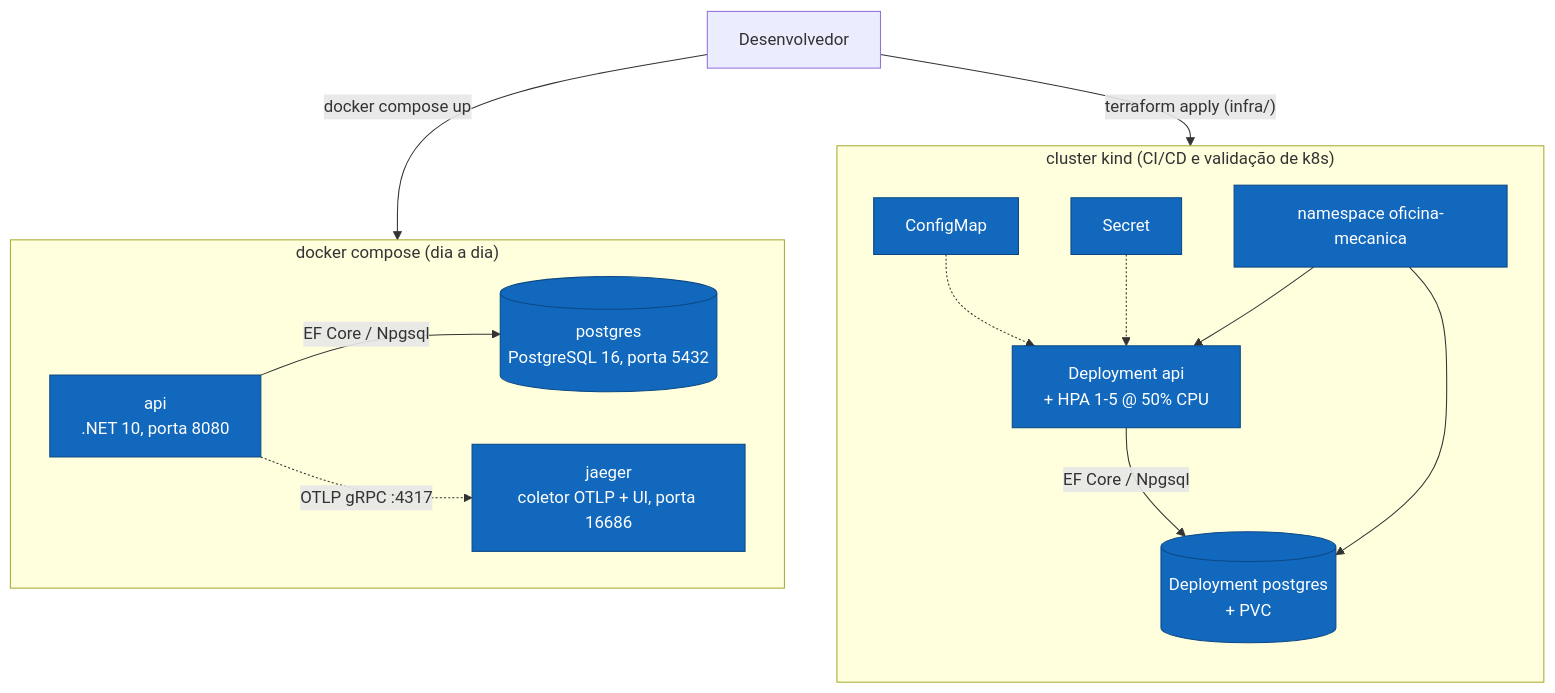
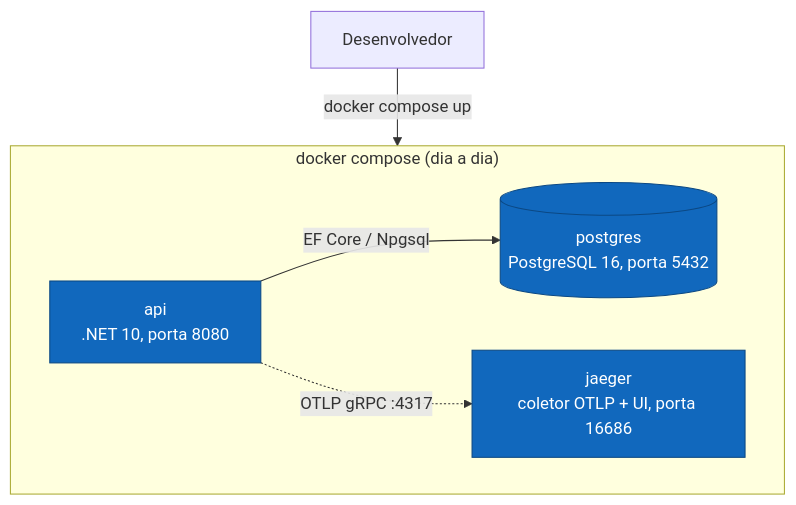
One commit to gabrielMauad/oficina-mecanica-app changed the first of 2 diagrams in docs/arquitetura/diagramas/infraestrutura.md. Above: the diagram before and after it, drawn with Mermaid. The commit also changed other lines of this file and 20 other files, not shown here.

````diff
--- a/docs/arquitetura/diagramas/infraestrutura.md
+++ b/docs/arquitetura/diagramas/infraestrutura.md
@@ -23,33 +20,18 @@
 ```mermaid
 flowchart TB
     dev["Desenvolvedor"]
 
     subgraph compose["docker compose (dia a dia)"]
         direction LR
         apiC["api<br/>.NET 10, porta 8080"]
         pgC[("postgres<br/>PostgreSQL 16, porta 5432")]
         jaeger["jaeger<br/>coletor OTLP + UI, porta 16686"]
         apiC -->|"EF Core / Npgsql"| pgC
         apiC -.->|"OTLP gRPC :4317"| jaeger
     end
 
-    subgraph kind["cluster kind (CI/CD e validação de k8s)"]
-        direction TB
-        ns["namespace oficina-mecanica"]
-        apiK["Deployment api<br/>+ HPA 1-5 @ 50% CPU"]
-        pgK[("Deployment postgres<br/>+ PVC")]
-        cm["ConfigMap"]
-        sec["Secret"]
-        apiK -->|"EF Core / Npgsql"| pgK
-        cm -.-> apiK
-        sec -.-> apiK
-        ns --> apiK
-        ns --> pgK
-    end
-
     dev -->|"docker compose up"| compose
-    dev -->|"terraform apply (infra/)"| kind
 
     classDef existente fill:#1168bd,stroke:#0b4884,color:#fff
-    class apiC,pgC,jaeger,apiK,pgK,cm,sec,ns existente
+    class apiC,pgC,jaeger existente
 ```
````
